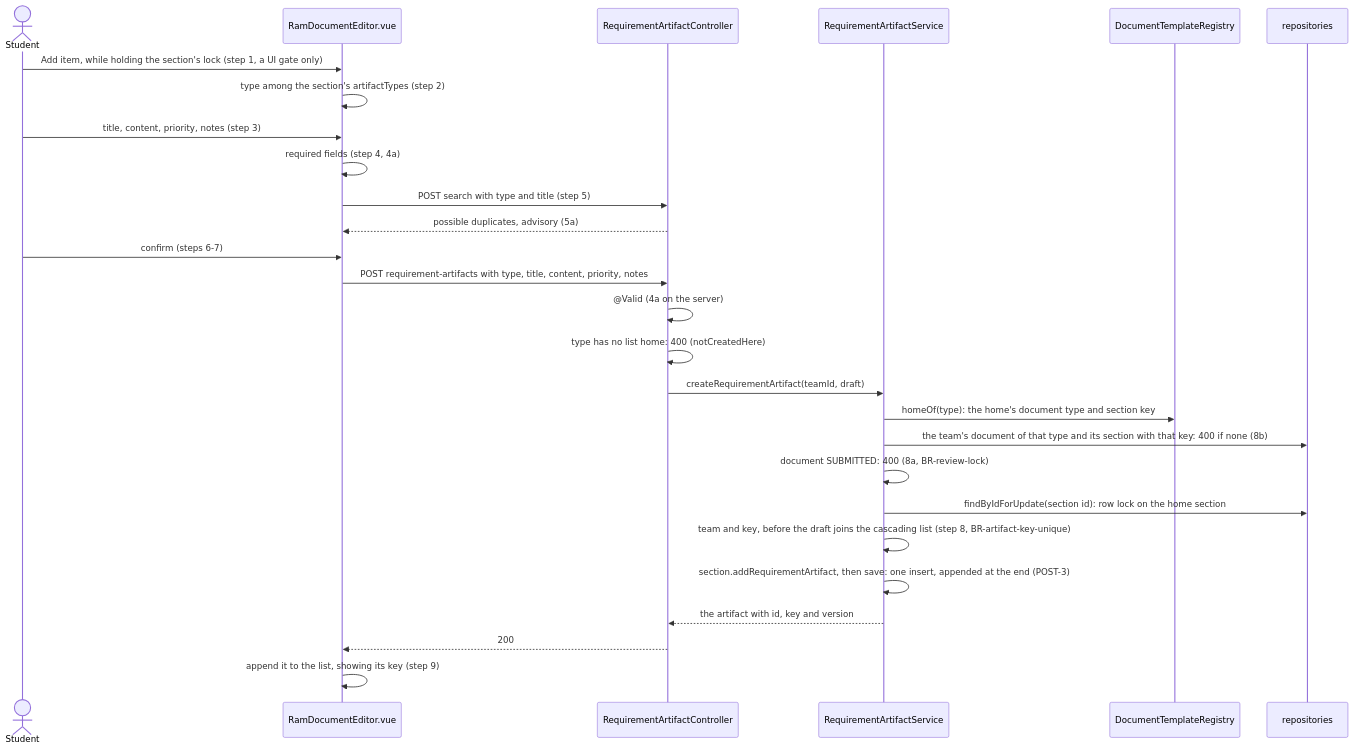
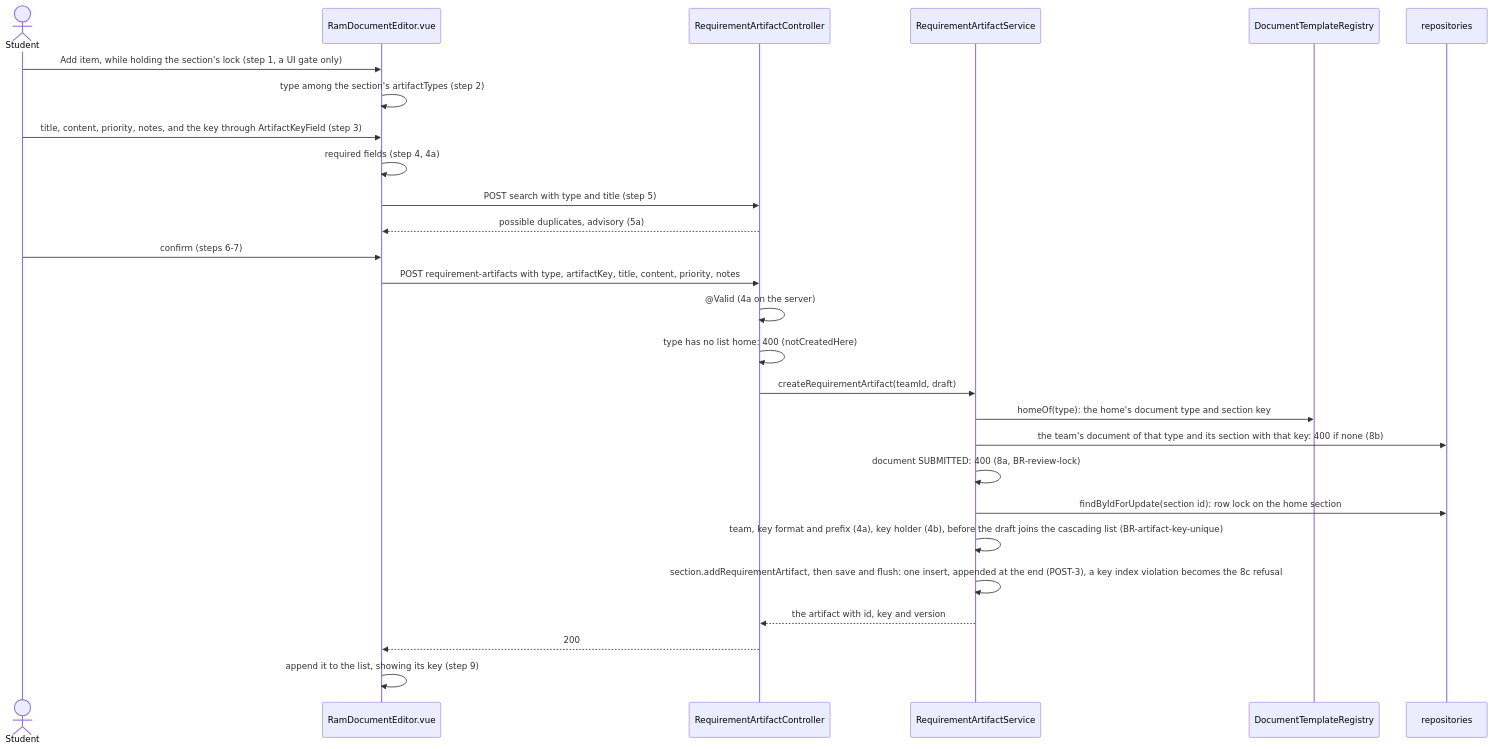
The third of 4 diagrams in docs/design/art.md (Washingtonwei/project-pulse), drawn with Mermaid before and after one commit. The commit also changed other lines of this file and 5 other files, not shown here.

First line of the commit message:
Design name-based artifact keys for every type

````diff
--- a/docs/design/art.md
+++ b/docs/design/art.md
@@ -110,29 +167,29 @@
 ```mermaid
 sequenceDiagram
   actor S as Student
   participant E as RamDocumentEditor.vue
   participant C as RequirementArtifactController
   participant RS as RequirementArtifactService
   participant R as DocumentTemplateRegistry
   participant DB as repositories
   S->>E: Add item, while holding the section's lock (step 1, a UI gate only)
   E->>E: type among the section's artifactTypes (step 2)
-  S->>E: title, content, priority, notes (step 3)
+  S->>E: title, content, priority, notes, and the key through ArtifactKeyField (step 3)
   E->>E: required fields (step 4, 4a)
   E->>C: POST search with type and title (step 5)
   C-->>E: possible duplicates, advisory (5a)
   S->>E: confirm (steps 6-7)
-  E->>C: POST requirement-artifacts with type, title, content, priority, notes
+  E->>C: POST requirement-artifacts with type, artifactKey, title, content, priority, notes
   C->>C: @Valid (4a on the server)
   C->>C: type has no list home: 400 (notCreatedHere)
   C->>RS: createRequirementArtifact(teamId, draft)
   RS->>R: homeOf(type): the home's document type and section key
   RS->>DB: the team's document of that type and its section with that key: 400 if none (8b)
   RS->>RS: document SUBMITTED: 400 (8a, BR-review-lock)
   RS->>DB: findByIdForUpdate(section id): row lock on the home section
-  RS->>RS: team and key, before the draft joins the cascading list (step 8, BR-artifact-key-unique)
-  RS->>RS: section.addRequirementArtifact, then save: one insert, appended at the end (POST-3)
+  RS->>RS: team, key format and prefix (4a), key holder (4b), before the draft joins the cascading list (BR-artifact-key-unique)
+  RS->>RS: section.addRequirementArtifact, then save and flush: one insert, appended at the end (POST-3), a key index violation becomes the 8c refusal
   RS-->>C: the artifact with id, key and version
   C-->>E: 200
   E->>E: append it to the list, showing its key (step 9)
 ```
````
